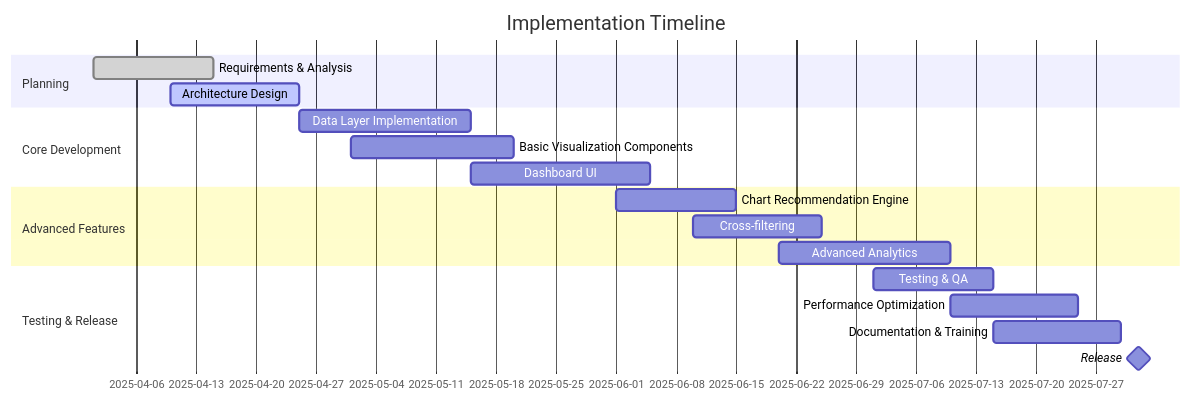
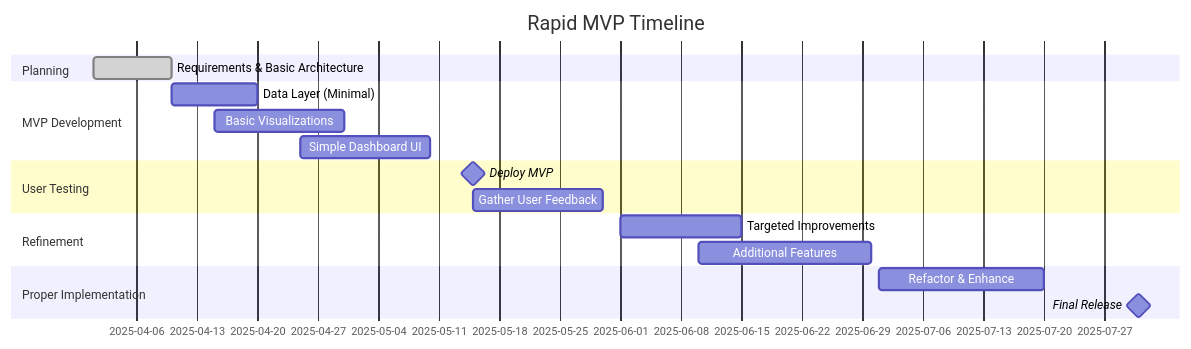
One commit to ubiquity/xp.ubq.fi changed the second of 2 diagrams in docs/progress.md. Above: the diagram before and after it, drawn with Mermaid. The commit also changed other lines of this file and 25 other files, not shown here.

Commit message:
chore: initial mock data implementation

````diff
--- a/docs/progress.md
+++ b/docs/progress.md
@@ -69,25 +69,25 @@
 ```mermaid
 gantt
-    title Implementation Timeline
+    title Rapid MVP Timeline
     dateFormat  YYYY-MM-DD
 
     section Planning
-    Requirements & Analysis    :done, a1, 2025-04-01, 2025-04-15
-    Architecture Design        :active, a2, 2025-04-10, 2025-04-25
+    Requirements & Basic Architecture :done, a1, 2025-04-01, 2025-04-10
 
-    section Core Development
-    Data Layer Implementation  :b1, 2025-04-25, 2025-05-15
-    Basic Visualization Components :b2, 2025-05-01, 2025-05-20
-    Dashboard UI              :b3, 2025-05-15, 2025-06-05
+    section MVP Development
+    Data Layer (Minimal)       :b1, 2025-04-10, 2025-04-20
+    Basic Visualizations       :b2, 2025-04-15, 2025-04-30
+    Simple Dashboard UI        :b3, 2025-04-25, 2025-05-10
 
-    section Advanced Features
-    Chart Recommendation Engine :c1, 2025-06-01, 2025-06-15
-    Cross-filtering            :c2, 2025-06-10, 2025-06-25
-    Advanced Analytics         :c3, 2025-06-20, 2025-07-10
+    section User Testing
+    Deploy MVP                 :milestone, m1, 2025-05-15, 0d
+    Gather User Feedback       :c1, 2025-05-15, 2025-05-30
 
-    section Testing & Release
-    Testing & QA               :d1, 2025-07-01, 2025-07-15
-    Performance Optimization   :d2, 2025-07-10, 2025-07-25
-    Documentation & Training   :d3, 2025-07-15, 2025-07-30
-    Release                    :milestone, 2025-08-01, 0d
+    section Refinement
+    Targeted Improvements      :d1, 2025-06-01, 2025-06-15
+    Additional Features        :d2, 2025-06-10, 2025-06-30
+
+    section Proper Implementation
+    Refactor & Enhance         :e1, 2025-07-01, 2025-07-20
+    Final Release              :milestone, m2, 2025-07-31, 0d
 ```
````
